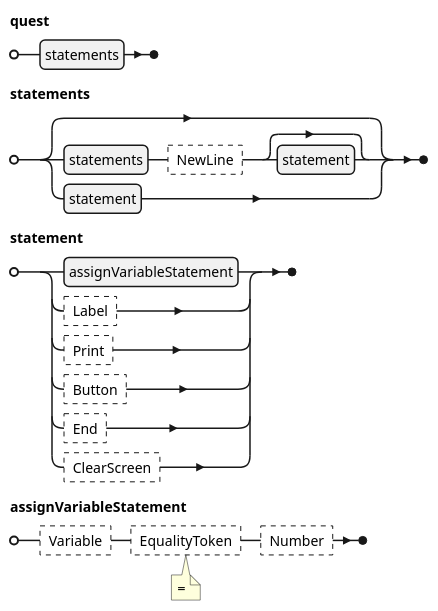
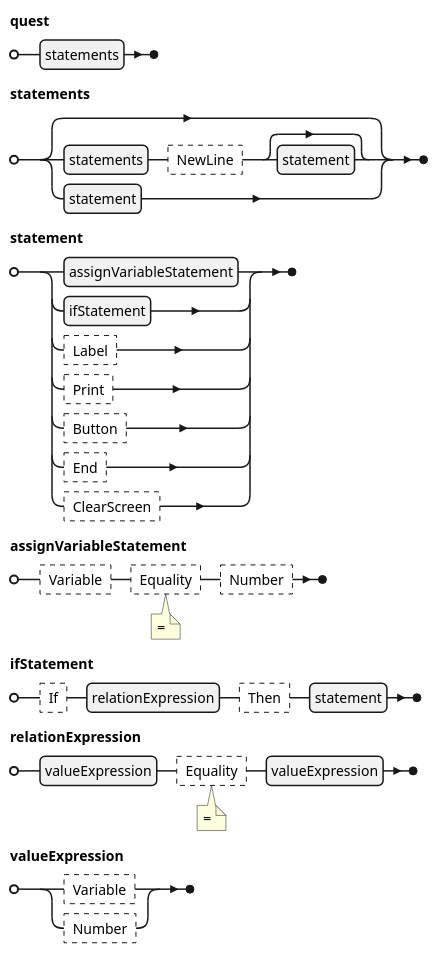
The first of 4 diagrams in Application/MURQ.URQL/docs/URQL Syntax.md (realsonic/MURQ), drawn with PlantUML before and after one commit. The commit also changed other lines of this file and 76 other files, not shown here.

````diff
--- a/Application/MURQ.URQL/docs/URQL Syntax.md
+++ b/Application/MURQ.URQL/docs/URQL Syntax.md
@@ -2,19 +2,27 @@
 ```plantuml
 @startebnf URQL
 quest = statements;
 
 statements = [
         statements, ? NewLine ?, [statement]
         | statement
     ];
 
-statement = assignVariableStatement
+statement = 
+      assignVariableStatement
+    | ifStatement
     | ? Label ?
     | ? Print ?
     | ? Button ?
     | ? End ?
     | ? ClearScreen ?;
 
-assignVariableStatement = ? Variable ?,  ? EqualityToken ? (*""=""*), ? Number ?;
+assignVariableStatement = ? Variable ?,  ? Equality ? (*""=""*), ? Number ?;
+
+ifStatement = ? If ?, relationExpression, ? Then ?, statement;
+
+relationExpression = valueExpression, ? Equality ? (*""=""*), valueExpression;
+
+valueExpression = ? Variable ? | ? Number ?;
 @endebnf
 ```
````
